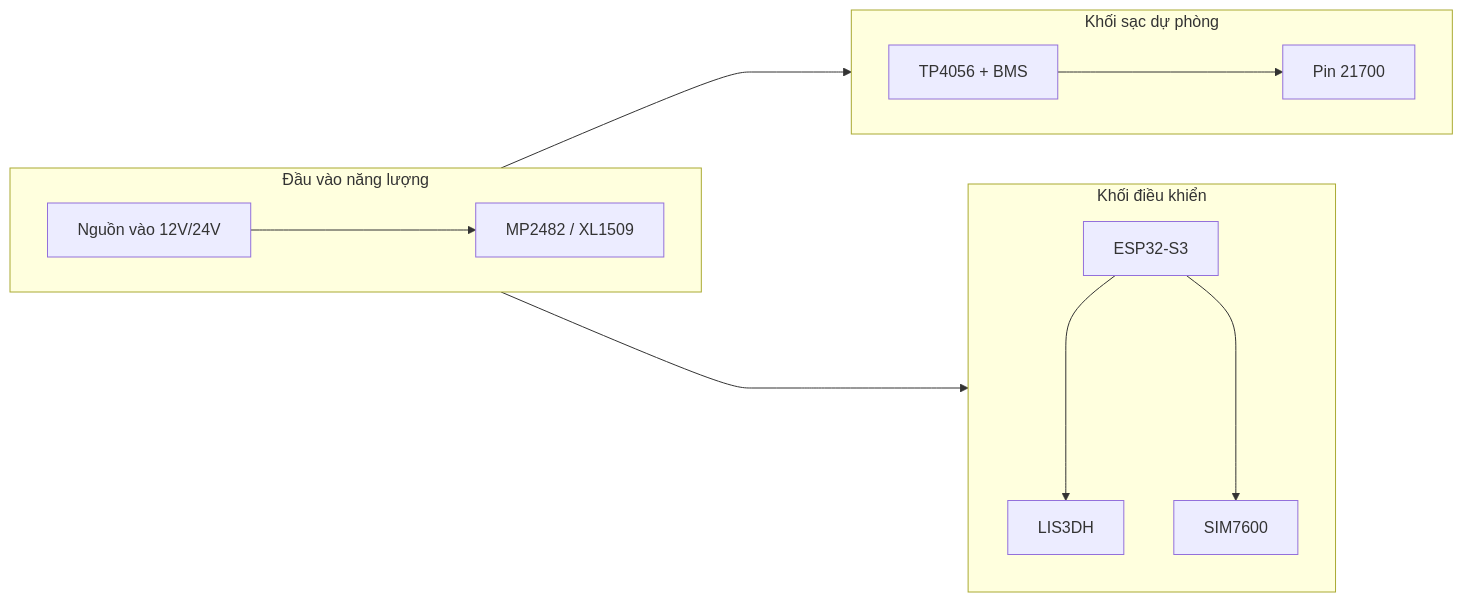
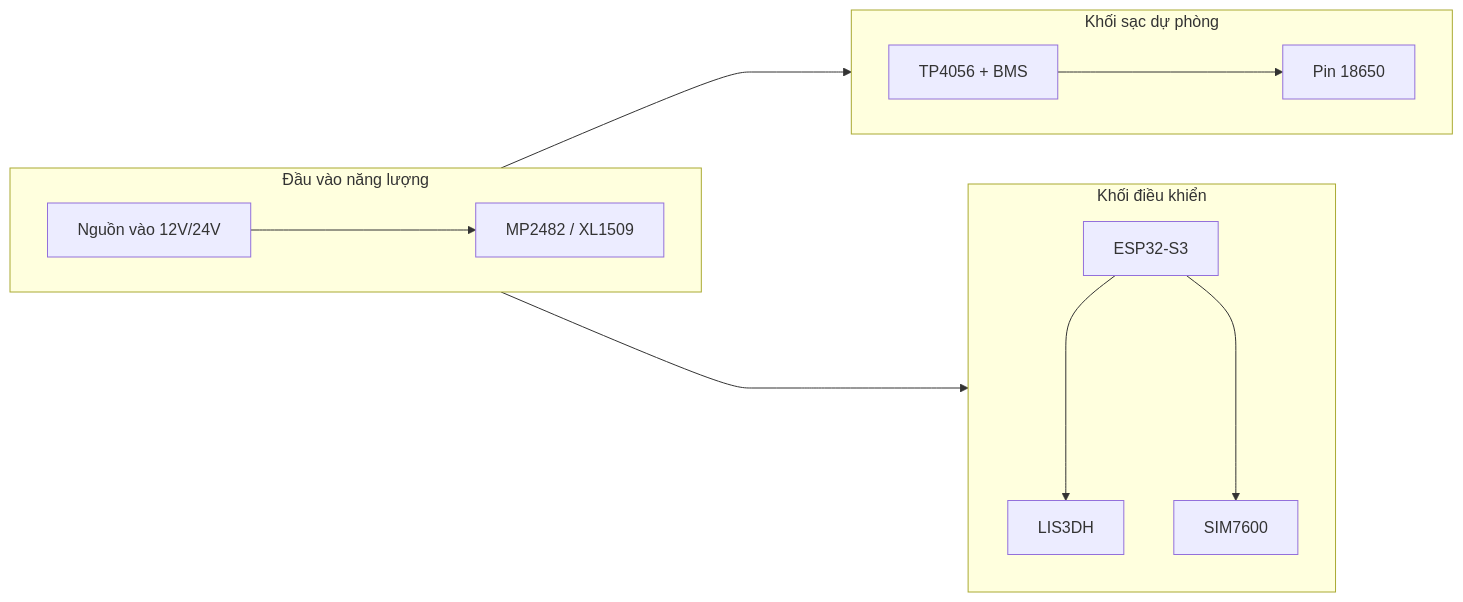
Before and after one commit to anmh1205/IoT_Vehicle_Tracking_System: the diagram in resources/reports/thesis/final/assets/uml/thesis-99-bao-cao-thesis-hoan-chinh-07.mmd, drawn with Mermaid. The commit also changed 34 other files, not shown here.

```diff
--- a/resources/reports/thesis/final/assets/uml/thesis-99-bao-cao-thesis-hoan-chinh-07.mmd
+++ b/resources/reports/thesis/final/assets/uml/thesis-99-bao-cao-thesis-hoan-chinh-07.mmd
@@ -1,26 +1,26 @@
 flowchart LR
     subgraph InputStage["Đầu vào năng lượng"]
         direction LR
         Vin["Nguồn vào 12V/24V"]
         Buck["MP2482 / XL1509"]
         Vin ----> Buck
     end
 
     subgraph ControlStage["Khối điều khiển"]
         direction TB
         MCU["ESP32-S3"]
         IMU["LIS3DH"]
         Modem["SIM7600"]
     end
 
     subgraph BackupStage["Khối sạc dự phòng"]
         direction LR
         Charge["TP4056 + BMS"]
-        Cell["Pin 21700"]
+        Cell["Pin 18650"]
         Charge ----> Cell
     end
 
     Buck ----> MCU
     MCU ----> IMU
     MCU ----> Modem
     Buck ----> Charge
```
